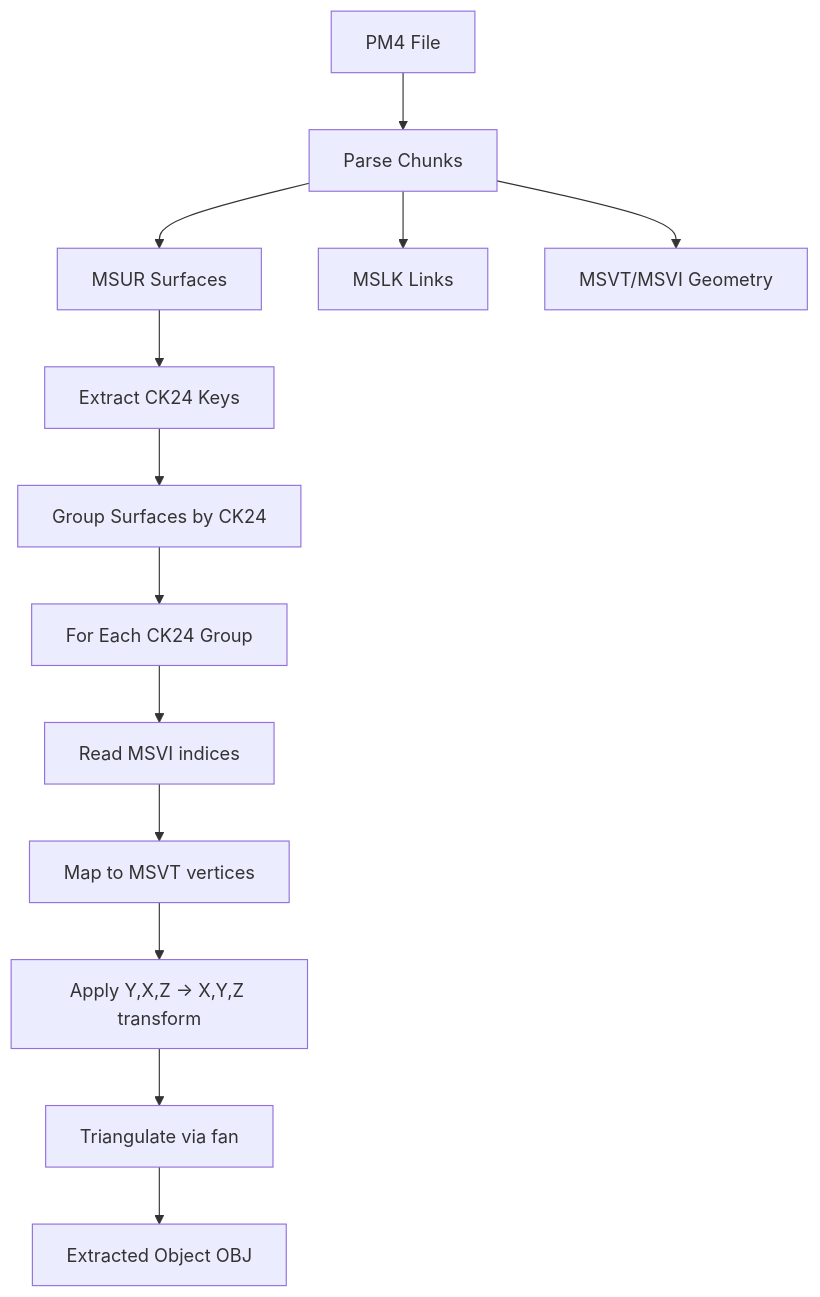
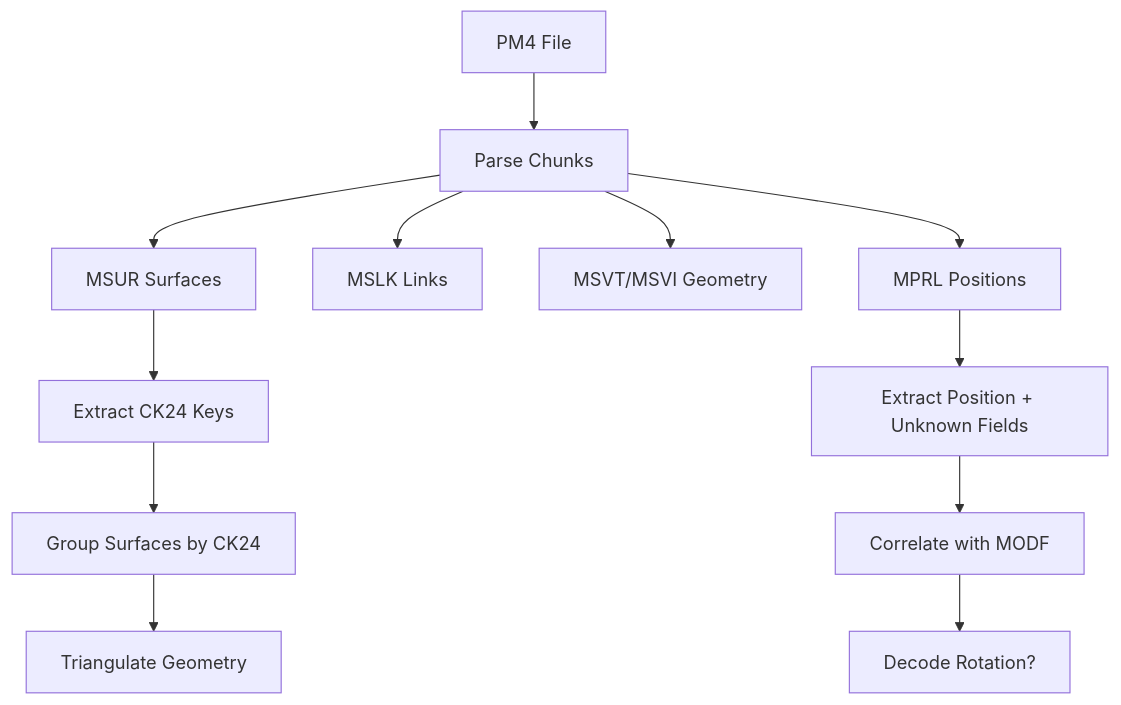
The diagram in gillijimproject_refactor/WoWRollback/docs/PM4-Format-Specification.md (akspa0/parp-tools), drawn with Mermaid before and after one commit. The commit also changed other lines of this file and 2 other files, not shown here.

Commit message:
MPRL investigation, verification of unknowns still being very unknown - ruled out positioning info at least.

````diff
--- a/gillijimproject_refactor/WoWRollback/docs/PM4-Format-Specification.md
+++ b/gillijimproject_refactor/WoWRollback/docs/PM4-Format-Specification.md
@@ -175,17 +187,16 @@
 ```mermaid
 graph TD
     A[PM4 File] --> B[Parse Chunks]
     B --> C[MSUR Surfaces]
     B --> D[MSLK Links]
     B --> E[MSVT/MSVI Geometry]
+    B --> F[MPRL Positions]
     
-    C --> F[Extract CK24 Keys]
-    F --> G[Group Surfaces by CK24]
+    C --> G[Extract CK24 Keys]
+    G --> H[Group Surfaces by CK24]
+    H --> I[Triangulate Geometry]
     
-    G --> H[For Each CK24 Group]
-    H --> I[Read MSVI indices]
-    I --> J[Map to MSVT vertices]
-    J --> K[Apply Y,X,Z → X,Y,Z transform]
-    K --> L[Triangulate via fan]
-    L --> M[Extracted Object OBJ]
+    F --> J[Extract Position + Unknown Fields]
+    J --> K[Correlate with MODF]
+    K --> L[Decode Rotation?]
 ```
````
